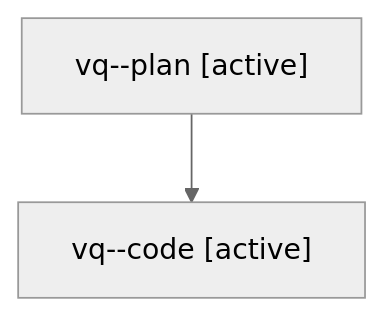
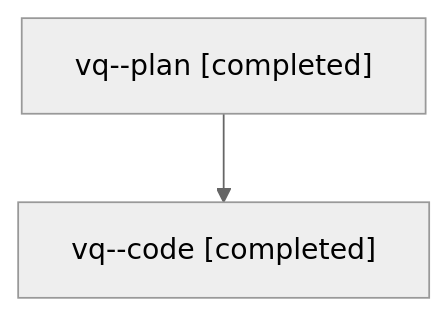
One commit to sase-org/sase--agents changed the diagram in families/bbugyi200.athena.vq.md. Above: the diagram before and after it, drawn with Mermaid (neutral theme). The commit also changed other lines of this file and 393 other files, not shown here.

````diff
--- a/families/bbugyi200.athena.vq.md
+++ b/families/bbugyi200.athena.vq.md
@@ -9,6 +9,6 @@
 ```mermaid
 flowchart TD
-  n0["vq--plan [active]"]
-  n1["vq--code [active]"]
+  n0["vq--plan [completed]"]
+  n1["vq--code [completed]"]
   n0 --> n1
 ```
````
